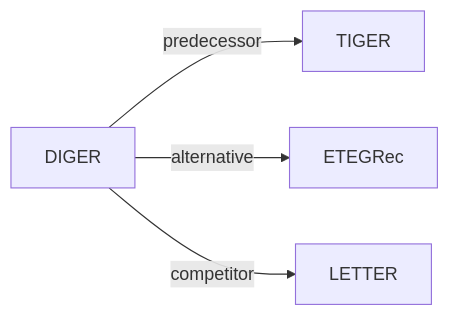
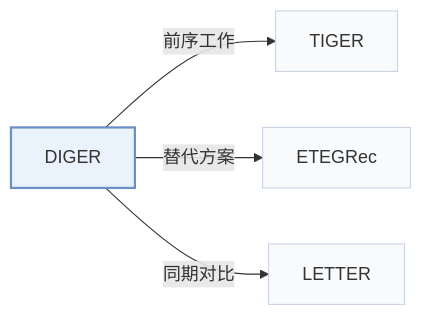
The second of 2 diagrams in pages/zh/papers/diger.md (Galaxy-ghost/Awesome-SID-Generative-Rec), drawn with Mermaid before and after one commit. The commit also changed other lines of this file and 649 other files, not shown here.

Commit message:
writer-05: also tags and modality index (schema, check, build, visuals); summary field removed; calibration data for 12 papers

````diff
--- a/pages/zh/papers/diger.md
+++ b/pages/zh/papers/diger.md
@@ -67,7 +76,11 @@
 ```mermaid
 flowchart LR
     P["DIGER"]
-    P -->|predecessor| A["TIGER"]
-    P -->|alternative| B["ETEGRec"]
-    P -->|competitor| C["LETTER"]
+    P -->|"前序工作"| A["TIGER"]
+    P -->|"替代方案"| B["ETEGRec"]
+    P -->|"同期对比"| C["LETTER"]
+    classDef main fill:#eaf2fb,stroke:#6b8fc7,stroke-width:2px
+    classDef peer fill:#f8fafc,stroke:#cbd5e1
+    class P main
+    class A,B,C peer
 ```
````
